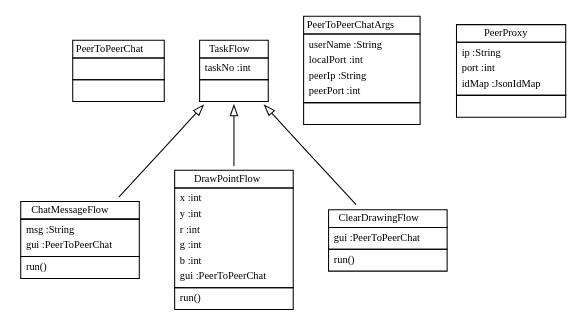
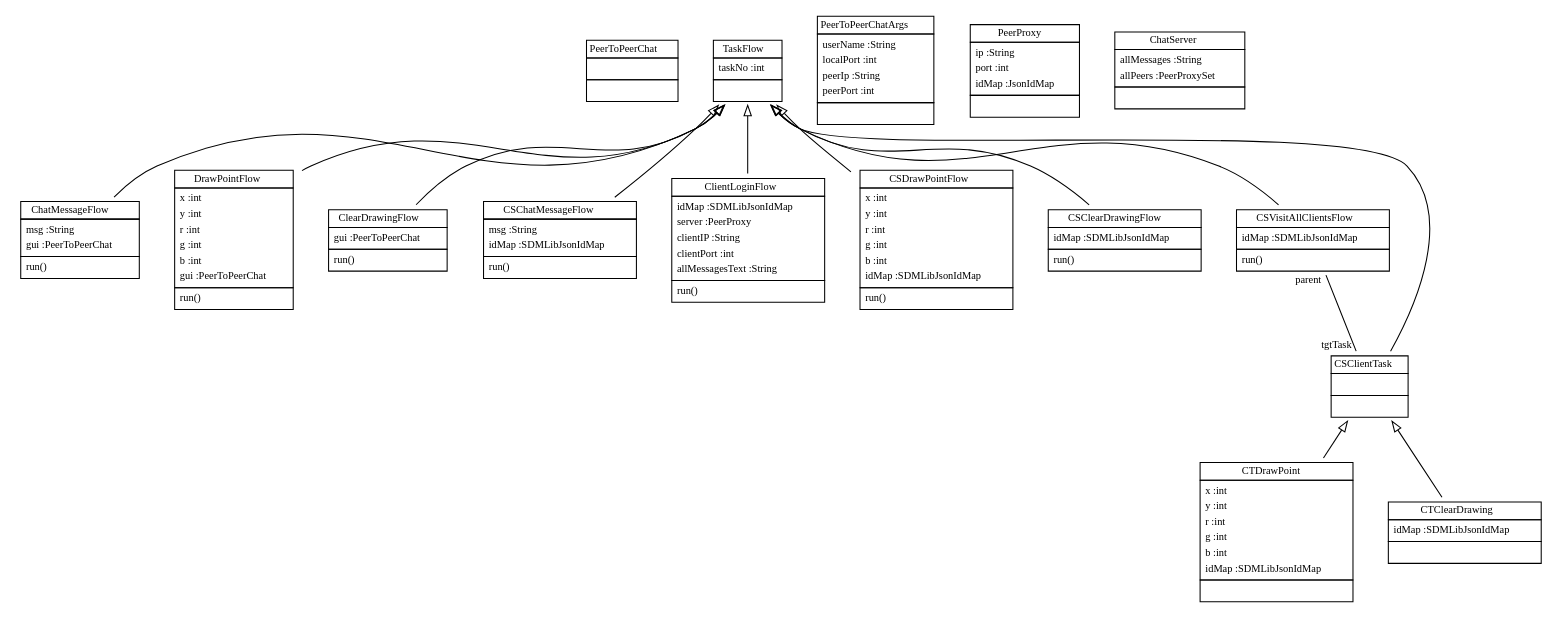
The diagram in doc/PeerToPeerChatModel.dot (fujaba/SDMLib), drawn with Graphviz before and after one commit. The commit also changed 166 other files, not shown here.

```diff
--- a/doc/PeerToPeerChatModel.dot
+++ b/doc/PeerToPeerChatModel.dot
@@ -1,20 +1,38 @@
 
  digraph ClassDiagram {
     node [shape = none, fontsize = 10]; 
     edge [fontsize = 10];
     
     
-    _PeerToPeerChat [label=<<table border='0' cellborder='1' cellspacing='0'> <tr> <td>PeerToPeerChat</td> </tr> <tr><td><table border='0' cellborder='0' cellspacing='0'> <tr><td> </td></tr> </table></td></tr> <tr><td><table border='0' cellborder='0' cellspacing='0'> <tr><td> </td></tr> </table></td></tr> </table>>];
-    _TaskFlow [label=<<table border='0' cellborder='1' cellspacing='0'> <tr> <td>TaskFlow</td> </tr> <tr><td><table border='0' cellborder='0' cellspacing='0'> <tr><td align='left'>taskNo :int</td></tr>  </table></td></tr> <tr><td><table border='0' cellborder='0' cellspacing='0'> <tr><td> </td></tr> </table></td></tr> </table>>];
-    _ChatMessageFlow [label=<<table border='0' cellborder='1' cellspacing='0'> <tr> <td>ChatMessageFlow</td> </tr> <tr><td><table border='0' cellborder='0' cellspacing='0'> <tr><td align='left'>msg :String</td></tr> <tr><td align='left'>gui :PeerToPeerChat</td></tr>  </table></td></tr> <tr><td><table border='0' cellborder='0' cellspacing='0'> <tr><td align='left'>run()</td></tr>  </table></td></tr> </table>>];
-    _DrawPointFlow [label=<<table border='0' cellborder='1' cellspacing='0'> <tr> <td>DrawPointFlow</td> </tr> <tr><td><table border='0' cellborder='0' cellspacing='0'> <tr><td align='left'>x :int</td></tr> <tr><td align='left'>y :int</td></tr> <tr><td align='left'>r :int</td></tr> <tr><td align='left'>g :int</td></tr> <tr><td align='left'>b :int</td></tr> <tr><td align='left'>gui :PeerToPeerChat</td></tr>  </table></td></tr> <tr><td><table border='0' cellborder='0' cellspacing='0'> <tr><td align='left'>run()</td></tr>  </table></td></tr> </table>>];
-    _ClearDrawingFlow [label=<<table border='0' cellborder='1' cellspacing='0'> <tr> <td>ClearDrawingFlow</td> </tr> <tr><td><table border='0' cellborder='0' cellspacing='0'> <tr><td align='left'>gui :PeerToPeerChat</td></tr>  </table></td></tr> <tr><td><table border='0' cellborder='0' cellspacing='0'> <tr><td align='left'>run()</td></tr>  </table></td></tr> </table>>];
-    _PeerToPeerChatArgs [label=<<table border='0' cellborder='1' cellspacing='0'> <tr> <td>PeerToPeerChatArgs</td> </tr> <tr><td><table border='0' cellborder='0' cellspacing='0'> <tr><td align='left'>userName :String</td></tr> <tr><td align='left'>localPort :int</td></tr> <tr><td align='left'>peerIp :String</td></tr> <tr><td align='left'>peerPort :int</td></tr>  </table></td></tr> <tr><td><table border='0' cellborder='0' cellspacing='0'> <tr><td> </td></tr> </table></td></tr> </table>>];
-    _PeerProxy [label=<<table border='0' cellborder='1' cellspacing='0'> <tr> <td>PeerProxy</td> </tr> <tr><td><table border='0' cellborder='0' cellspacing='0'> <tr><td align='left'>ip :String</td></tr> <tr><td align='left'>port :int</td></tr> <tr><td align='left'>idMap :JsonIdMap</td></tr>  </table></td></tr> <tr><td><table border='0' cellborder='0' cellspacing='0'> <tr><td> </td></tr> </table></td></tr> </table>>];
+    _PeerToPeerChat [label=<<table border='0' cellborder='1' cellspacing='0'> <tr> <td HREF="../examples/org/sdmlib/examples/chats/PeerToPeerChat.java">PeerToPeerChat</td> </tr> <tr><td><table border='0' cellborder='0' cellspacing='0'> <tr><td> </td></tr> </table></td></tr> <tr><td><table border='0' cellborder='0' cellspacing='0'> <tr><td> </td></tr> </table></td></tr> </table>>];
+    _TaskFlow [label=<<table border='0' cellborder='1' cellspacing='0'> <tr> <td HREF="../examples/org/sdmlib/model/taskflows/TaskFlow.java">TaskFlow</td> </tr> <tr><td><table border='0' cellborder='0' cellspacing='0'> <tr><td align='left'>taskNo :int</td></tr>  </table></td></tr> <tr><td><table border='0' cellborder='0' cellspacing='0'> <tr><td> </td></tr> </table></td></tr> </table>>];
+    _ChatMessageFlow [label=<<table border='0' cellborder='1' cellspacing='0'> <tr> <td HREF="../examples/org/sdmlib/examples/chats/ChatMessageFlow.java">ChatMessageFlow</td> </tr> <tr><td><table border='0' cellborder='0' cellspacing='0'> <tr><td align='left'>msg :String</td></tr> <tr><td align='left'>gui :PeerToPeerChat</td></tr>  </table></td></tr> <tr><td><table border='0' cellborder='0' cellspacing='0'> <tr><td align='left'>run()</td></tr>  </table></td></tr> </table>>];
+    _DrawPointFlow [label=<<table border='0' cellborder='1' cellspacing='0'> <tr> <td HREF="../examples/org/sdmlib/examples/chats/DrawPointFlow.java">DrawPointFlow</td> </tr> <tr><td><table border='0' cellborder='0' cellspacing='0'> <tr><td align='left'>x :int</td></tr> <tr><td align='left'>y :int</td></tr> <tr><td align='left'>r :int</td></tr> <tr><td align='left'>g :int</td></tr> <tr><td align='left'>b :int</td></tr> <tr><td align='left'>gui :PeerToPeerChat</td></tr>  </table></td></tr> <tr><td><table border='0' cellborder='0' cellspacing='0'> <tr><td align='left'>run()</td></tr>  </table></td></tr> </table>>];
+    _ClearDrawingFlow [label=<<table border='0' cellborder='1' cellspacing='0'> <tr> <td HREF="../examples/org/sdmlib/examples/chats/ClearDrawingFlow.java">ClearDrawingFlow</td> </tr> <tr><td><table border='0' cellborder='0' cellspacing='0'> <tr><td align='left'>gui :PeerToPeerChat</td></tr>  </table></td></tr> <tr><td><table border='0' cellborder='0' cellspacing='0'> <tr><td align='left'>run()</td></tr>  </table></td></tr> </table>>];
+    _PeerToPeerChatArgs [label=<<table border='0' cellborder='1' cellspacing='0'> <tr> <td HREF="../examples/org/sdmlib/examples/chats/PeerToPeerChatArgs.java">PeerToPeerChatArgs</td> </tr> <tr><td><table border='0' cellborder='0' cellspacing='0'> <tr><td align='left'>userName :String</td></tr> <tr><td align='left'>localPort :int</td></tr> <tr><td align='left'>peerIp :String</td></tr> <tr><td align='left'>peerPort :int</td></tr>  </table></td></tr> <tr><td><table border='0' cellborder='0' cellspacing='0'> <tr><td> </td></tr> </table></td></tr> </table>>];
+    _PeerProxy [label=<<table border='0' cellborder='1' cellspacing='0'> <tr> <td HREF="../examples/org/sdmlib/model/taskflows/PeerProxy.java">PeerProxy</td> </tr> <tr><td><table border='0' cellborder='0' cellspacing='0'> <tr><td align='left'>ip :String</td></tr> <tr><td align='left'>port :int</td></tr> <tr><td align='left'>idMap :JsonIdMap</td></tr>  </table></td></tr> <tr><td><table border='0' cellborder='0' cellspacing='0'> <tr><td> </td></tr> </table></td></tr> </table>>];
+    _CSChatMessageFlow [label=<<table border='0' cellborder='1' cellspacing='0'> <tr> <td HREF="../examples/org/sdmlib/examples/chats/CSChatMessageFlow.java">CSChatMessageFlow</td> </tr> <tr><td><table border='0' cellborder='0' cellspacing='0'> <tr><td align='left'>msg :String</td></tr> <tr><td align='left'>idMap :SDMLibJsonIdMap</td></tr>  </table></td></tr> <tr><td><table border='0' cellborder='0' cellspacing='0'> <tr><td align='left'>run()</td></tr>  </table></td></tr> </table>>];
+    _ChatServer [label=<<table border='0' cellborder='1' cellspacing='0'> <tr> <td HREF="../examples/org/sdmlib/examples/chats/ChatServer.java">ChatServer</td> </tr> <tr><td><table border='0' cellborder='0' cellspacing='0'> <tr><td align='left'>allMessages :String</td></tr> <tr><td align='left'>allPeers :PeerProxySet</td></tr>  </table></td></tr> <tr><td><table border='0' cellborder='0' cellspacing='0'> <tr><td> </td></tr> </table></td></tr> </table>>];
+    _ClientLoginFlow [label=<<table border='0' cellborder='1' cellspacing='0'> <tr> <td HREF="../examples/org/sdmlib/examples/chats/ClientLoginFlow.java">ClientLoginFlow</td> </tr> <tr><td><table border='0' cellborder='0' cellspacing='0'> <tr><td align='left'>idMap :SDMLibJsonIdMap</td></tr> <tr><td align='left'>server :PeerProxy</td></tr> <tr><td align='left'>clientIP :String</td></tr> <tr><td align='left'>clientPort :int</td></tr> <tr><td align='left'>allMessagesText :String</td></tr>  </table></td></tr> <tr><td><table border='0' cellborder='0' cellspacing='0'> <tr><td align='left'>run()</td></tr>  </table></td></tr> </table>>];
+    _CSDrawPointFlow [label=<<table border='0' cellborder='1' cellspacing='0'> <tr> <td HREF="../examples/org/sdmlib/examples/chats/CSDrawPointFlow.java">CSDrawPointFlow</td> </tr> <tr><td><table border='0' cellborder='0' cellspacing='0'> <tr><td align='left'>x :int</td></tr> <tr><td align='left'>y :int</td></tr> <tr><td align='left'>r :int</td></tr> <tr><td align='left'>g :int</td></tr> <tr><td align='left'>b :int</td></tr> <tr><td align='left'>idMap :SDMLibJsonIdMap</td></tr>  </table></td></tr> <tr><td><table border='0' cellborder='0' cellspacing='0'> <tr><td align='left'>run()</td></tr>  </table></td></tr> </table>>];
+    _CSClearDrawingFlow [label=<<table border='0' cellborder='1' cellspacing='0'> <tr> <td HREF="../examples/org/sdmlib/examples/chats/CSClearDrawingFlow.java">CSClearDrawingFlow</td> </tr> <tr><td><table border='0' cellborder='0' cellspacing='0'> <tr><td align='left'>idMap :SDMLibJsonIdMap</td></tr>  </table></td></tr> <tr><td><table border='0' cellborder='0' cellspacing='0'> <tr><td align='left'>run()</td></tr>  </table></td></tr> </table>>];
+    _CSVisitAllClientsFlow [label=<<table border='0' cellborder='1' cellspacing='0'> <tr> <td HREF="../examples/org/sdmlib/examples/chats/CSVisitAllClientsFlow.java">CSVisitAllClientsFlow</td> </tr> <tr><td><table border='0' cellborder='0' cellspacing='0'> <tr><td align='left'>idMap :SDMLibJsonIdMap</td></tr>  </table></td></tr> <tr><td><table border='0' cellborder='0' cellspacing='0'> <tr><td align='left'>run()</td></tr>  </table></td></tr> </table>>];
+    _CSClientTask [label=<<table border='0' cellborder='1' cellspacing='0'> <tr> <td HREF="../examples/org/sdmlib/examples/chats/CSClientTask.java">CSClientTask</td> </tr> <tr><td><table border='0' cellborder='0' cellspacing='0'> <tr><td> </td></tr> </table></td></tr> <tr><td><table border='0' cellborder='0' cellspacing='0'> <tr><td> </td></tr> </table></td></tr> </table>>];
+    _CTDrawPoint [label=<<table border='0' cellborder='1' cellspacing='0'> <tr> <td HREF="../examples/org/sdmlib/examples/chats/CTDrawPoint.java">CTDrawPoint</td> </tr> <tr><td><table border='0' cellborder='0' cellspacing='0'> <tr><td align='left'>x :int</td></tr> <tr><td align='left'>y :int</td></tr> <tr><td align='left'>r :int</td></tr> <tr><td align='left'>g :int</td></tr> <tr><td align='left'>b :int</td></tr> <tr><td align='left'>idMap :SDMLibJsonIdMap</td></tr>  </table></td></tr> <tr><td><table border='0' cellborder='0' cellspacing='0'> <tr><td> </td></tr> </table></td></tr> </table>>];
+    _CTClearDrawing [label=<<table border='0' cellborder='1' cellspacing='0'> <tr> <td HREF="../examples/org/sdmlib/examples/chats/CTClearDrawing.java">CTClearDrawing</td> </tr> <tr><td><table border='0' cellborder='0' cellspacing='0'> <tr><td align='left'>idMap :SDMLibJsonIdMap</td></tr>  </table></td></tr> <tr><td><table border='0' cellborder='0' cellspacing='0'> <tr><td> </td></tr> </table></td></tr> </table>>];
     
     
     
     _TaskFlow ->  _ChatMessageFlow [dir = "back" arrowtail = "empty"];
     _TaskFlow ->  _DrawPointFlow [dir = "back" arrowtail = "empty"];
     _TaskFlow ->  _ClearDrawingFlow [dir = "back" arrowtail = "empty"];
+    _TaskFlow ->  _CSChatMessageFlow [dir = "back" arrowtail = "empty"];
+    _TaskFlow ->  _ClientLoginFlow [dir = "back" arrowtail = "empty"];
+    _TaskFlow ->  _CSDrawPointFlow [dir = "back" arrowtail = "empty"];
+    _TaskFlow ->  _CSClearDrawingFlow [dir = "back" arrowtail = "empty"];
+    _TaskFlow ->  _CSVisitAllClientsFlow [dir = "back" arrowtail = "empty"];
+    _TaskFlow ->  _CSClientTask [dir = "back" arrowtail = "empty"];
+    _CSClientTask ->  _CTDrawPoint [dir = "back" arrowtail = "empty"];
+    _CSClientTask ->  _CTClearDrawing [dir = "back" arrowtail = "empty"];
+    _CSVisitAllClientsFlow -> _CSClientTask [headlabel = "tgtTask" taillabel = "parent" arrowhead = "none" ];
 }
```
